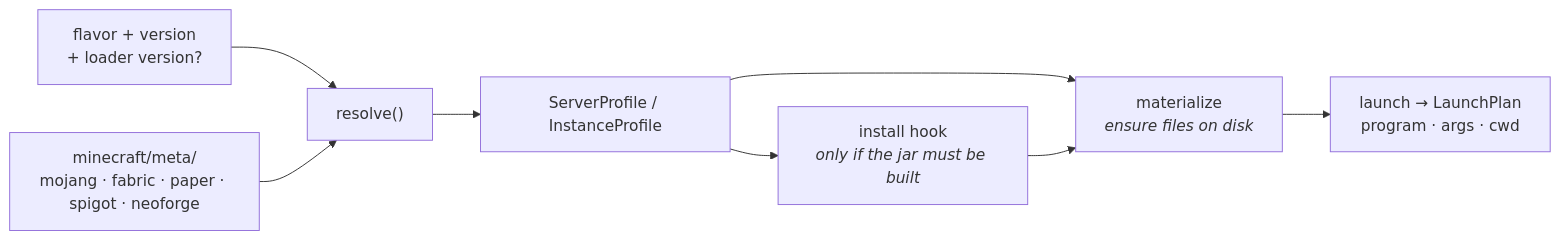
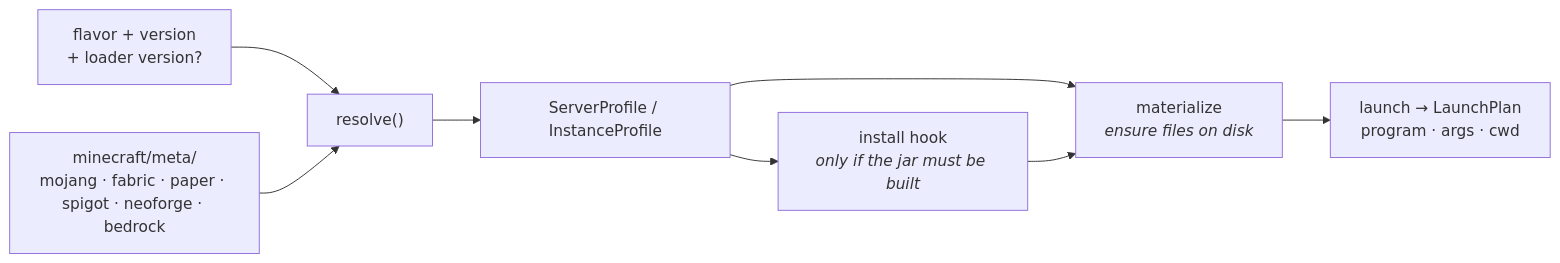
Before and after one commit to prytaneum/hestia: the diagram in docs/architecture/minecraft.md, drawn with Mermaid. The commit also changed other lines of this file and 1 other file, not shown here.

Commit message:
docs(minecraft): describe editions and the BDS provider

````diff
--- a/docs/architecture/minecraft.md
+++ b/docs/architecture/minecraft.md
@@ -64,10 +81,10 @@
 ```mermaid
 flowchart LR
     REQ["flavor + version<br/>+ loader version?"] --> RES["resolve()"]
-    META["minecraft/meta/<br/>mojang · fabric · paper · spigot · neoforge"] --> RES
+    META["minecraft/meta/<br/>mojang · fabric · paper · spigot · neoforge · bedrock"] --> RES
     RES --> PROF["ServerProfile / InstanceProfile"]
     PROF --> INST["install hook<br/><i>only if the jar must be built</i>"]
     PROF --> MAT["materialize<br/><i>ensure files on disk</i>"]
     INST --> MAT
     MAT --> PLAN["launch → LaunchPlan<br/>program · args · cwd"]
 ```
````
